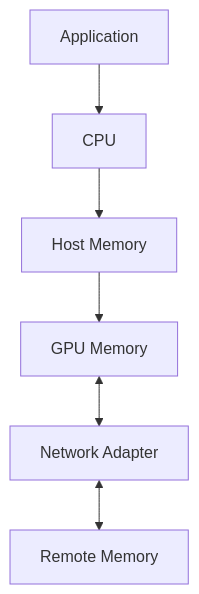
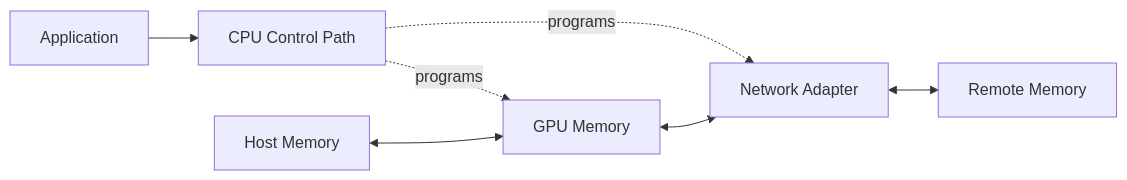
One commit to jithinpnjm/nvidia-devops changed the first of 4 diagrams in docs/nvidia-zero-to-hero/volume-07/chapter-04-dma-rdma-and-peer-to-peer.md. Above: the diagram before and after it, drawn with Mermaid. The commit also changed other lines of this file, not shown here.

````diff
--- a/docs/nvidia-zero-to-hero/volume-07/chapter-04-dma-rdma-and-peer-to-peer.md
+++ b/docs/nvidia-zero-to-hero/volume-07/chapter-04-dma-rdma-and-peer-to-peer.md
@@ -18,15 +60,16 @@
 ```mermaid
-flowchart TD
-    A[Application]
-    CPU[CPU]
+flowchart LR
+    App[Application]
+    CPU[CPU Control Path]
     HM[Host Memory]
     GPU[GPU Memory]
     NIC[Network Adapter]
-    Remote[Remote Memory]
+    RM[Remote Memory]
 
-    A --> CPU
-    CPU --> HM
-    HM --> GPU
+    App --> CPU
+    CPU -. programs .-> GPU
+    CPU -. programs .-> NIC
+    HM <--> GPU
     GPU <--> NIC
-    NIC <--> Remote
+    NIC <--> RM
 ```
````
